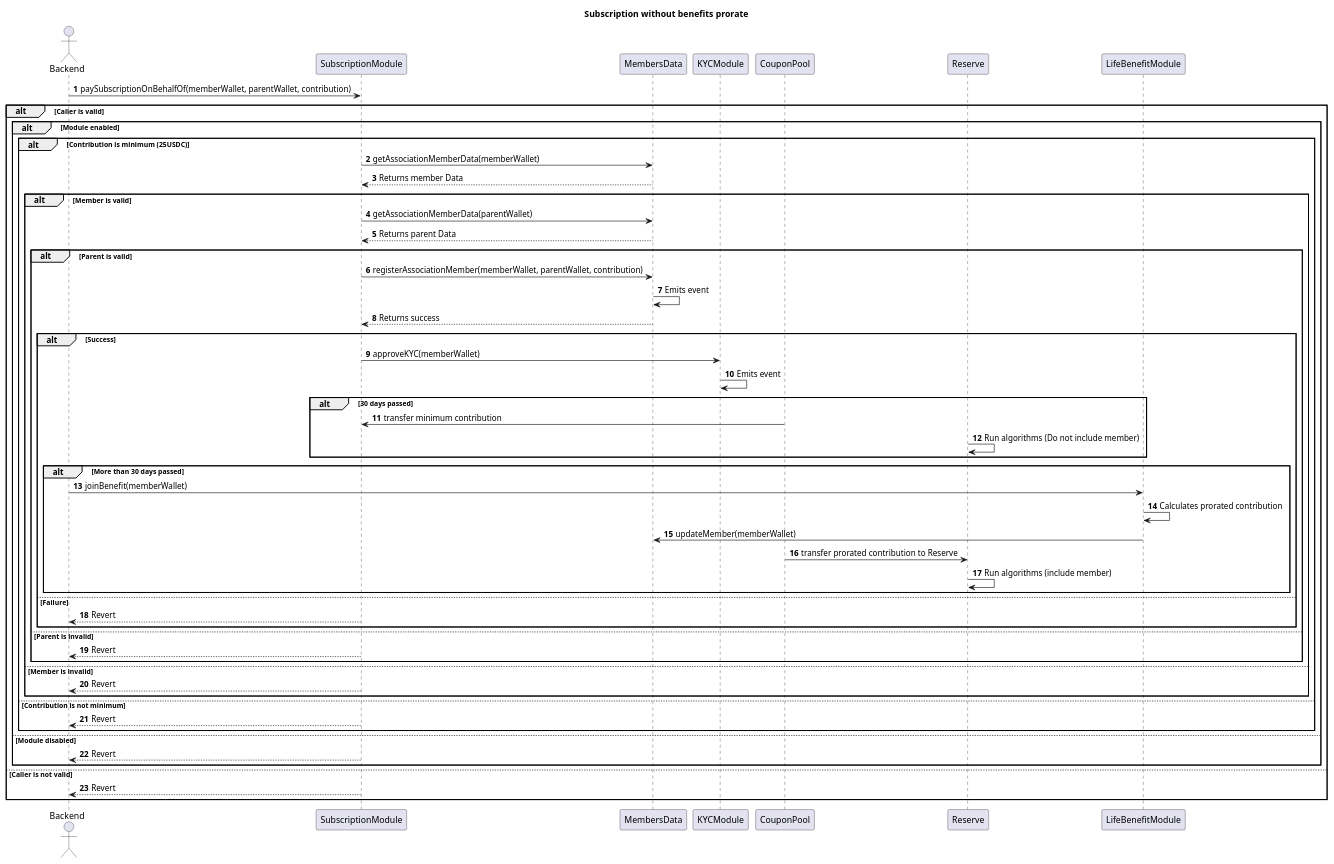
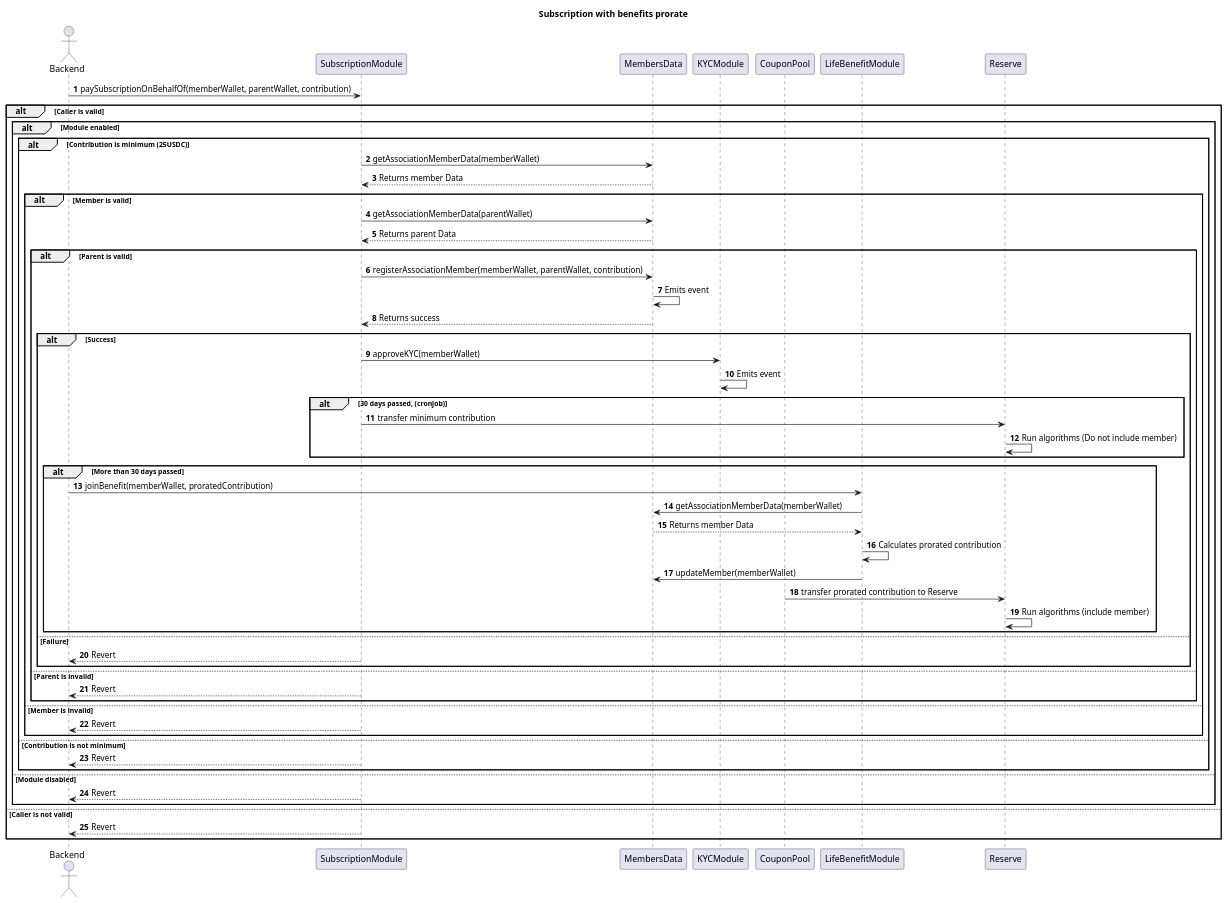
One commit to TakafulDAO/takasure.sc changed the diagram in docs/sequence_diagrams/Subscriptions/subscription-with-benefit-prorate.puml. Above: the diagram before and after it, drawn with PlantUML. The commit also changed 2 other files, not shown here.

```diff
--- a/docs/sequence_diagrams/Subscriptions/subscription-with-benefit-prorate.puml
+++ b/docs/sequence_diagrams/Subscriptions/subscription-with-benefit-prorate.puml
@@ -1,71 +1,73 @@
 @startuml Subscriptions with benefits prorate
-title Subscription without benefits prorate
+title Subscription with benefits prorate
 autonumber
 
 actor Backend
 participant SubscriptionModule
 participant MembersData
 participant KYCModule
-' participant CouponPool
-' participant LifeBenefitModule
-' participant Reserve
+participant CouponPool
+participant LifeBenefitModule
+participant Reserve
 
 Backend -> SubscriptionModule: paySubscriptionOnBehalfOf(memberWallet, parentWallet, contribution)
 
 alt Caller is valid
   alt Module enabled
     alt Contribution is minimum (25USDC)
       SubscriptionModule -> MembersData: getAssociationMemberData(memberWallet)
       MembersData --> SubscriptionModule: Returns member Data
 
       alt Member is valid
         SubscriptionModule -> MembersData: getAssociationMemberData(parentWallet)
         MembersData --> SubscriptionModule: Returns parent Data
 
         alt Parent is valid
           SubscriptionModule -> MembersData: registerAssociationMember(memberWallet, parentWallet, contribution)
           MembersData -> MembersData: Emits event
           MembersData --> SubscriptionModule: Returns success
 
           alt Success
             SubscriptionModule -> KYCModule: approveKYC(memberWallet)
             KYCModule -> KYCModule: Emits event
 
-            alt 30 days passed
-                CouponPool -> SubscriptionModule: transfer minimum contribution
+            alt 30 days passed, (cronjob)
+                SubscriptionModule -> Reserve: transfer minimum contribution
                 Reserve -> Reserve: Run algorithms (Do not include member)
             end
 
             alt More than 30 days passed
-                Backend -> LifeBenefitModule: joinBenefit(memberWallet)
+                Backend -> LifeBenefitModule: joinBenefit(memberWallet, proratedContribution)
+                LifeBenefitModule -> MembersData: getAssociationMemberData(memberWallet)
+                MembersData --> LifeBenefitModule: Returns member Data
                 LifeBenefitModule -> LifeBenefitModule: Calculates prorated contribution
                 LifeBenefitModule -> MembersData: updateMember(memberWallet)
                 CouponPool -> Reserve: transfer prorated contribution to Reserve 
                 Reserve -> Reserve: Run algorithms (include member)
             end            
 
           else Failure
             SubscriptionModule --> Backend: Revert
           end
 
         else Parent is invalid
           SubscriptionModule --> Backend: Revert
         end
 
       else Member is invalid 
         SubscriptionModule --> Backend: Revert
       end
 
     else Contribution is not minimum
       SubscriptionModule --> Backend: Revert
     end
 
   else Module disabled
     SubscriptionModule --> Backend: Revert
   end
 
 else Caller is not valid
   SubscriptionModule --> Backend: Revert
 end
 
 @enduml
```
